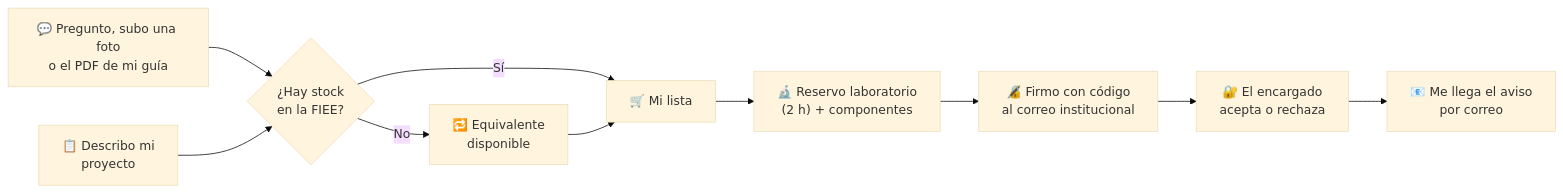
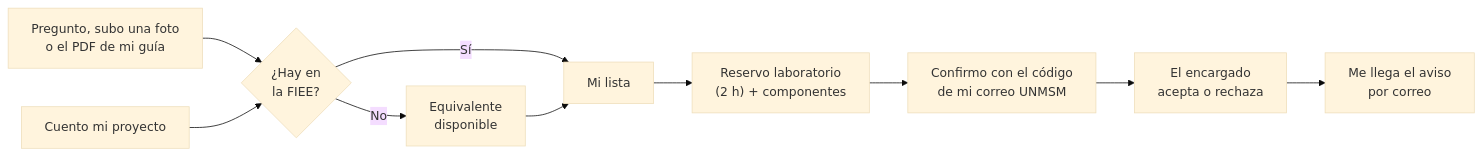
One commit to AldoRuiz07/KHIPU- changed the first of 3 diagrams in README.md. Above: the diagram before and after it, drawn with Mermaid (base theme). The commit also changed other lines of this file and 3 other files, not shown here.

````diff
--- a/README.md
+++ b/README.md
@@ -101,11 +99,11 @@
 ```mermaid
 flowchart LR
-    A["💬 Pregunto, subo una foto<br/>o el PDF de mi guía"] --> C
-    B["📋 Describo mi<br/>proyecto"] --> C
-    C{"¿Hay stock<br/>en la FIEE?"} -- Sí --> D["🛒 Mi lista"]
-    C -- No --> E["🔁 Equivalente<br/>disponible"] --> D
-    D --> F["🔬 Reservo laboratorio<br/>(2 h) + componentes"]
-    F --> H["🔏 Firmo con código<br/>al correo institucional"]
-    H --> G["🔐 El encargado<br/>acepta o rechaza"]
-    G --> I["📧 Me llega el aviso<br/>por correo"]
+    A["Pregunto, subo una foto<br/>o el PDF de mi guía"] --> C
+    B["Cuento mi proyecto"] --> C
+    C{"¿Hay en<br/>la FIEE?"} -- Sí --> D["Mi lista"]
+    C -- No --> E["Equivalente<br/>disponible"] --> D
+    D --> F["Reservo laboratorio<br/>(2 h) + componentes"]
+    F --> H["Confirmo con el código<br/>de mi correo UNMSM"]
+    H --> G["El encargado<br/>acepta o rechaza"]
+    G --> I["Me llega el aviso<br/>por correo"]
 ```
````
